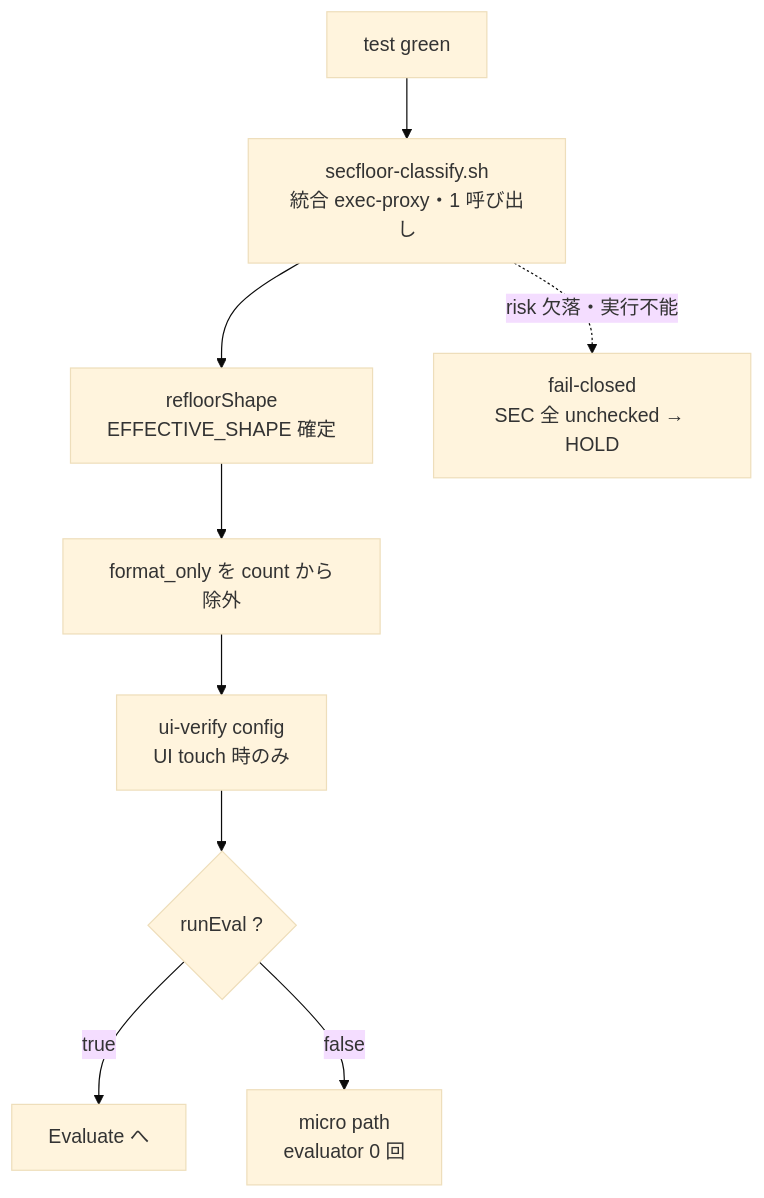
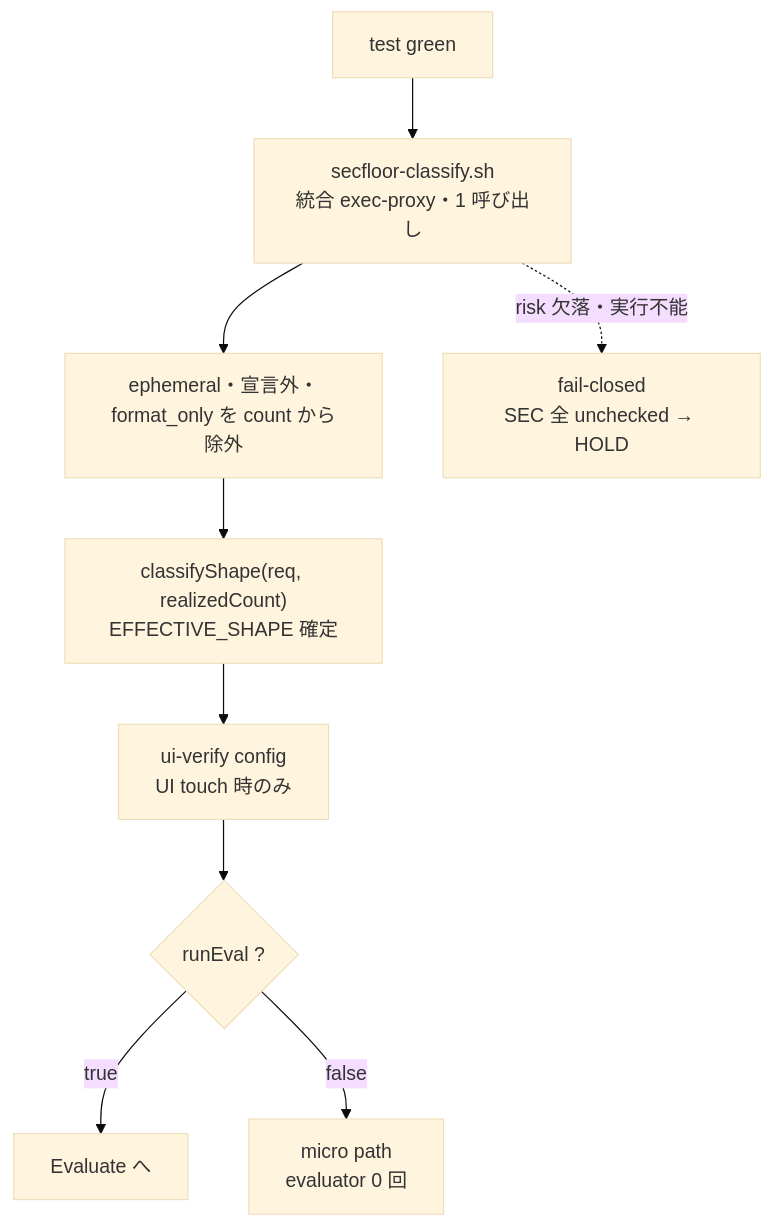
The sixth of 13 diagrams in docs/dev-flow-atlas.md (it-all-playpark/skills), drawn with Mermaid (base theme) before and after one commit. The commit also changed other lines of this file and 97 other files, not shown here.

Commit message:
refactor(dev-flow): 事前 shape 見積もり（req.shape / estimated_change_file_count）を decision から外し、実効 shape を realized diff の決定論特徴量だけで決める (#676) (#691)

````diff
--- a/docs/dev-flow-atlas.md
+++ b/docs/dev-flow-atlas.md
@@ -152,12 +152,12 @@
 ```mermaid
 flowchart TD
     IN["test green"] --> C1["secfloor-classify.sh<br/>統合 exec-proxy・1 呼び出し"]
-    C1 --> C2["refloorShape<br/>EFFECTIVE_SHAPE 確定"]
-    C2 --> C3["format_only を count から除外"]
+    C1 --> C2["ephemeral・宣言外・format_only を count から除外"]
+    C2 --> C3["classifyShape(req, realizedCount)<br/>EFFECTIVE_SHAPE 確定"]
     C3 --> C4["ui-verify config<br/>UI touch 時のみ"]
     C4 --> C5{"runEval ?"}
     C5 -->|true| OUT["Evaluate へ"]
     C5 -->|false| SKIP["micro path<br/>evaluator 0 回"]
 
     C1 -.->|"risk 欠落・実行不能"| FC["fail-closed<br/>SEC 全 unchecked → HOLD"]
 ```
````
